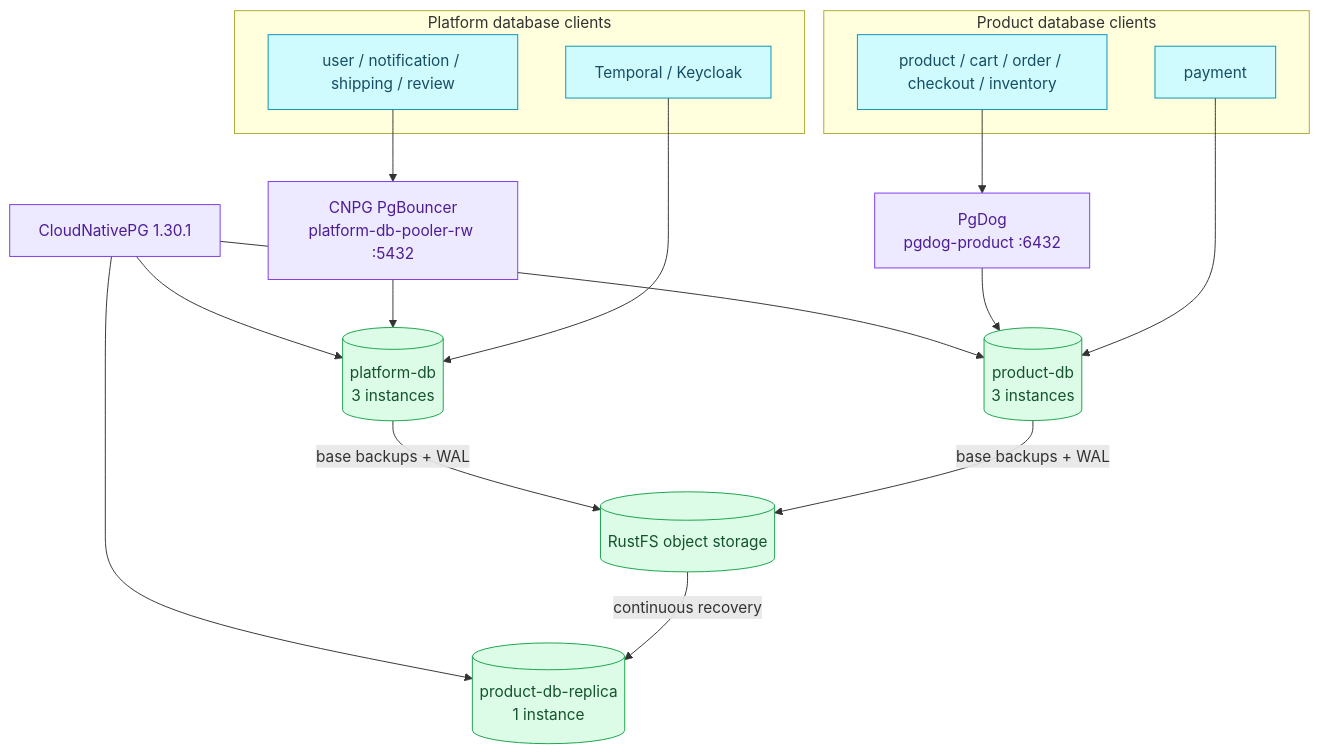
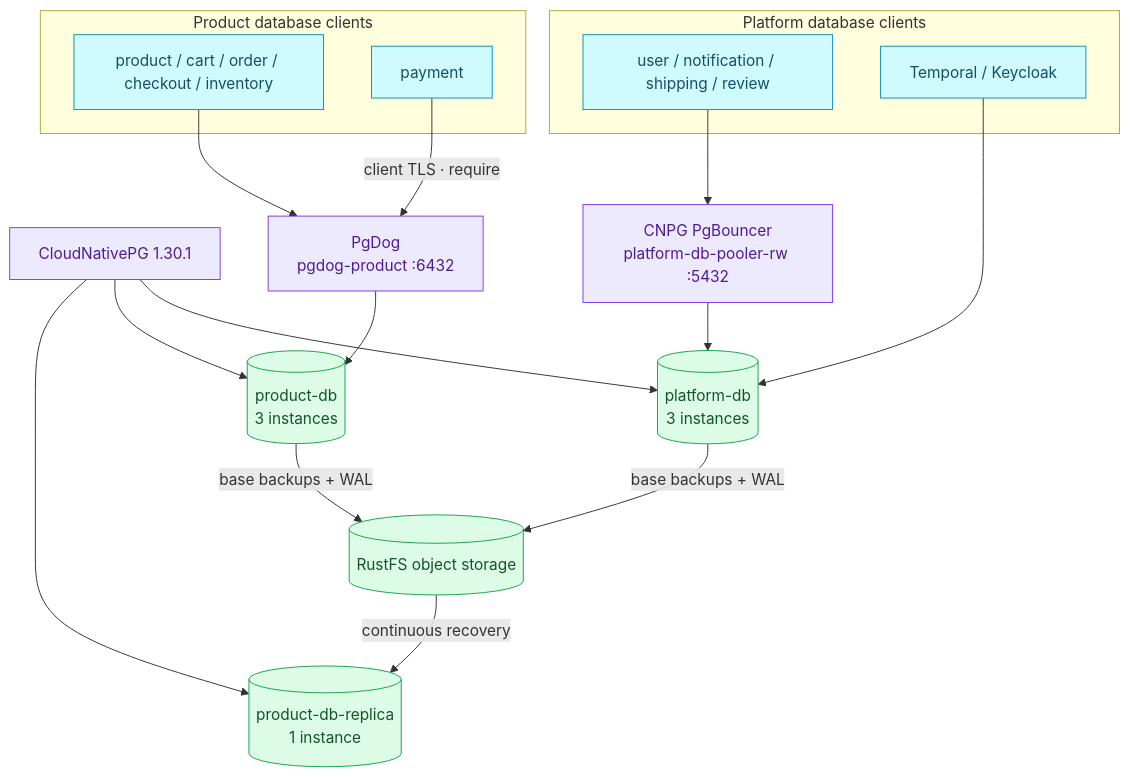
The diagram in docs/databases/architecture.md (duynhlab/homelab), drawn with Mermaid before and after one commit. The commit also changed other lines of this file and 59 other files, not shown here.

````diff
--- a/docs/databases/architecture.md
+++ b/docs/databases/architecture.md
@@ -24,39 +24,39 @@
 ```mermaid
 flowchart TB
     CNPG["CloudNativePG 1.30.1"]
 
     subgraph PlatformClients["Platform database clients"]
         PlatformApps["user / notification / shipping / review"]
         DirectPlatform["Temporal / Keycloak"]
     end
 
     subgraph ProductClients["Product database clients"]
         ProductApps["product / cart / order / checkout / inventory"]
         Payment["payment"]
     end
 
     PgBouncer["CNPG PgBouncer<br/>platform-db-pooler-rw :5432"]
     PgDog["PgDog<br/>pgdog-product :6432"]
     Platform[("platform-db<br/>3 instances")]
     Product[("product-db<br/>3 instances")]
     DR[("product-db-replica<br/>1 instance")]
     Store[("RustFS object storage")]
 
     CNPG --> Platform
     CNPG --> Product
     CNPG --> DR
     PlatformApps --> PgBouncer --> Platform
     DirectPlatform --> Platform
     ProductApps --> PgDog --> Product
-    Payment --> Product
+    Payment -->|"client TLS · require"| PgDog
     Platform -->|"base backups + WAL"| Store
     Product -->|"base backups + WAL"| Store
     Store -->|"continuous recovery"| DR
 
     classDef service fill:#cffafe,color:#164e63,stroke:#0891b2;
     classDef platform fill:#ede9fe,color:#4c1d95,stroke:#7c3aed;
     classDef data fill:#dcfce7,color:#14532d,stroke:#16a34a;
     class CNPG,PgBouncer,PgDog platform;
     class PlatformApps,DirectPlatform,ProductApps,Payment service;
     class Platform,Product,DR,Store data;
 ```
````
